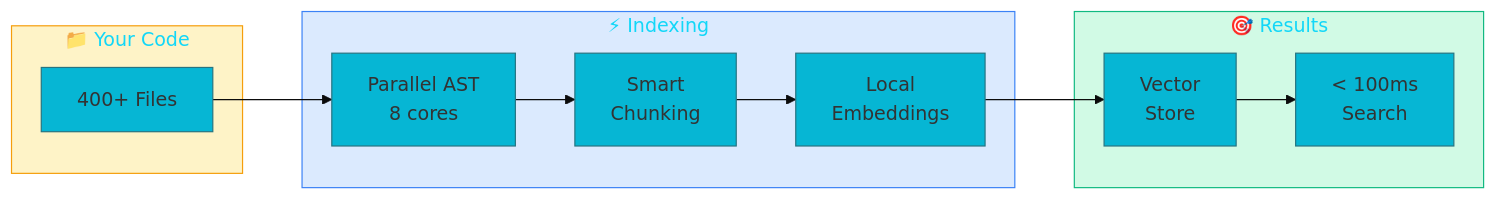
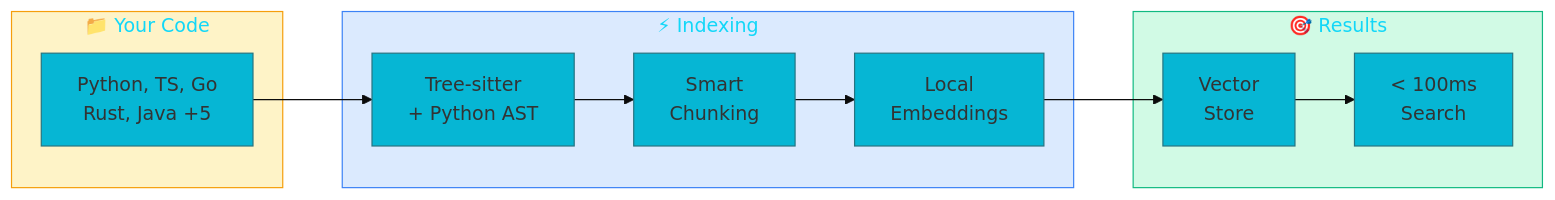
The fifth of 8 diagrams in README.md (vjsingh1984/victor), drawn with Mermaid before and after one commit. The commit also changed other lines of this file and 4 other files, not shown here.

First line of the commit message:
feat: Add multi-language tree-sitter support for codebase indexing

````diff
--- a/README.md
+++ b/README.md
@@ -257,24 +257,24 @@
 ```mermaid
 %%{init: {'theme': 'base', 'themeVariables': { 'primaryColor': '#06B6D4'}}}%%
 flowchart LR
     subgraph Input["📁 Your Code"]
-        Files["400+ Files"]
+        Files["Python, TS, Go<br/>Rust, Java +5"]
     end
 
     subgraph Process["⚡ Indexing"]
-        AST["Parallel AST<br/>8 cores"]
+        AST["Tree-sitter<br/>+ Python AST"]
         Chunk["Smart<br/>Chunking"]
         Embed["Local<br/>Embeddings"]
     end
 
     subgraph Output["🎯 Results"]
         Vector["Vector<br/>Store"]
         Search["< 100ms<br/>Search"]
     end
 
     Files --> AST --> Chunk --> Embed --> Vector --> Search
 
     style Input fill:#FEF3C7,stroke:#F59E0B
     style Process fill:#DBEAFE,stroke:#3B82F6
     style Output fill:#D1FAE5,stroke:#10B981
 ```
````
